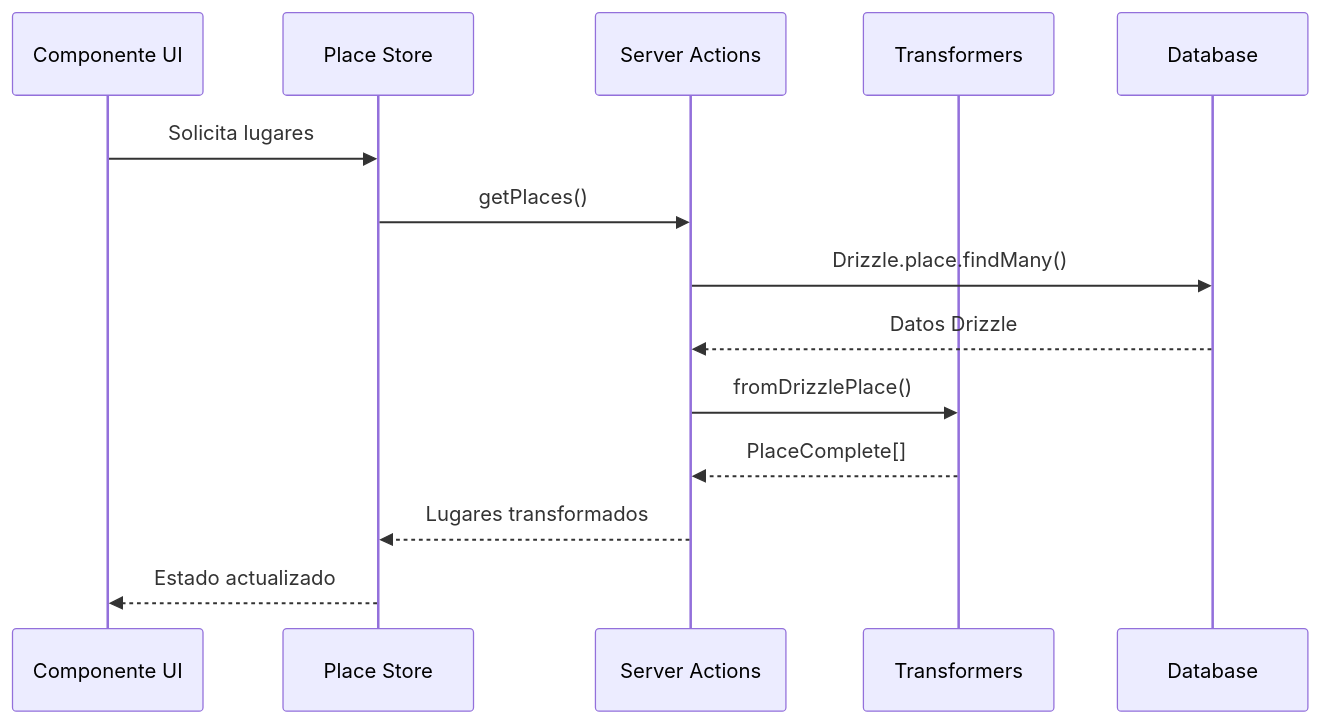
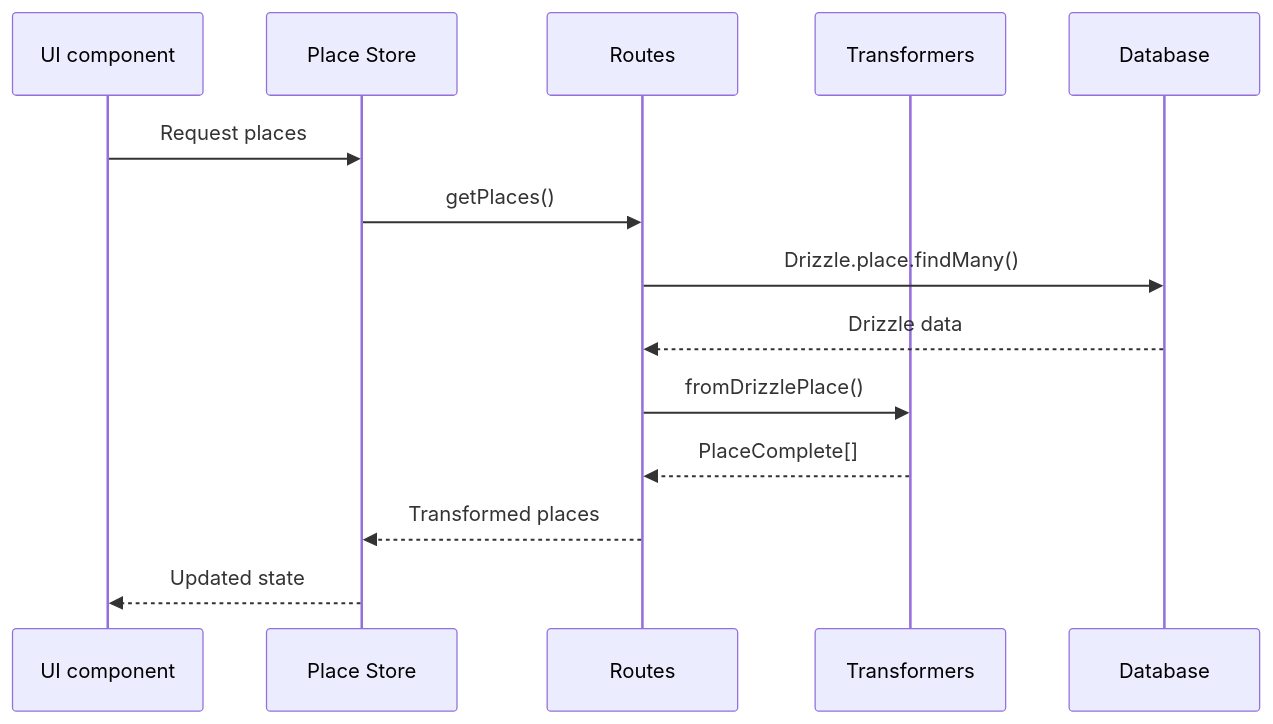
The second of 2 diagrams in src/transformers/place/README.md (gvastethecreator/media-manager), drawn with Mermaid before and after one commit. The commit also changed other lines of this file and 98 other files, not shown here.

Commit message:
docs: initialize comprehensive architectural documentation and component-level README files across the repository.

````diff
--- a/src/transformers/place/README.md
+++ b/src/transformers/place/README.md
@@ -67,17 +67,17 @@
 ```mermaid
 sequenceDiagram
-    participant UI as Componente UI
+    participant UI as UI component
     participant Store as Place Store
-    participant Actions as Server Actions
+    participant Actions as Routes
     participant Transform as Transformers
     participant DB as Database
 
-    UI->>Store: Solicita lugares
+    UI->>Store: Request places
     Store->>Actions: getPlaces()
     Actions->>DB: Drizzle.place.findMany()
-    DB-->>Actions: Datos Drizzle
+    DB-->>Actions: Drizzle data
     Actions->>Transform: fromDrizzlePlace()
     Transform-->>Actions: PlaceComplete[]
-    Actions-->>Store: Lugares transformados
-    Store-->>UI: Estado actualizado
+    Actions-->>Store: Transformed places
+    Store-->>UI: Updated state
 ```
````
